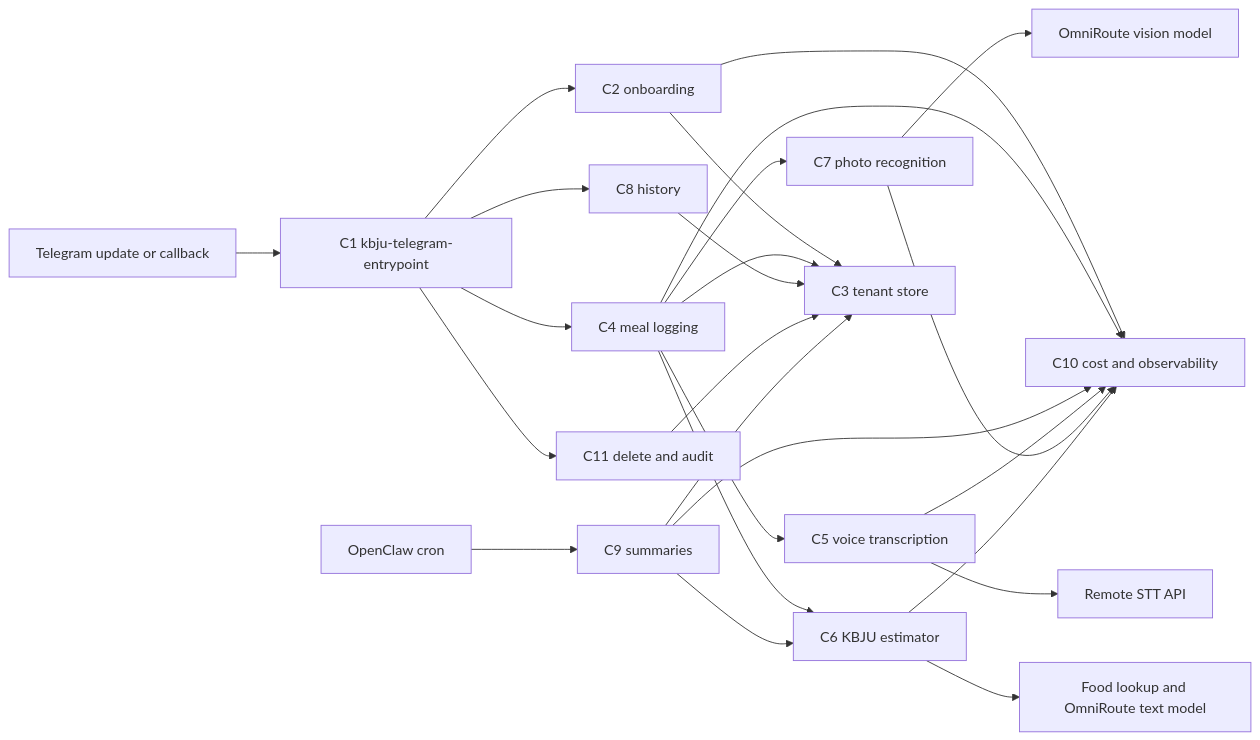
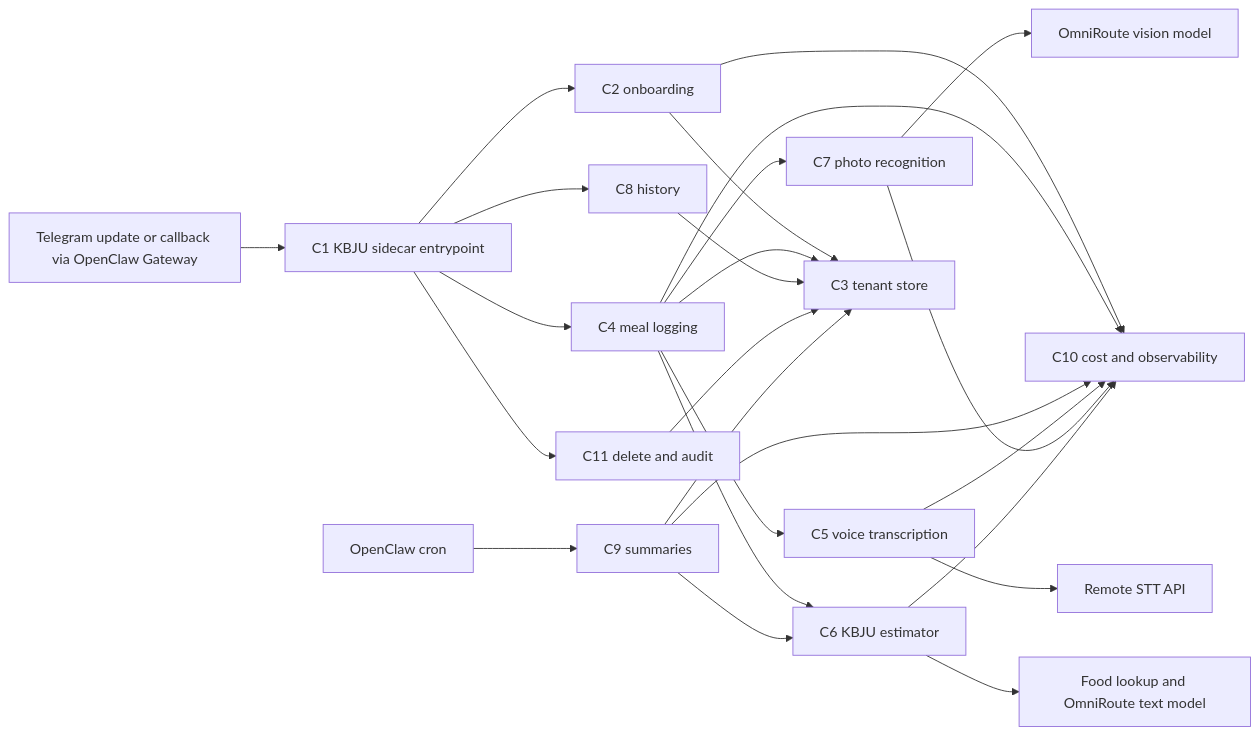
The diagram in docs/architecture/ARCH-001-kbju-coach-v0-1.md (OpenClown-bot/openclown-assistant), drawn with Mermaid before and after one commit. The commit also changed other lines of this file and 10 other files, not shown here.

````diff
--- a/docs/architecture/ARCH-001-kbju-coach-v0-1.md
+++ b/docs/architecture/ARCH-001-kbju-coach-v0-1.md
@@ -245,27 +337,27 @@
 ```mermaid
 graph LR
-  A[Telegram update or callback] --> B[C1 kbju-telegram-entrypoint]
+  A[Telegram update or callback via OpenClaw Gateway] --> B[C1 KBJU sidecar entrypoint]
   B --> C[C2 onboarding]
   B --> D[C4 meal logging]
   B --> E[C8 history]
   B --> F[C11 delete and audit]
   G[OpenClaw cron] --> H[C9 summaries]
   D --> I[C5 voice transcription]
   D --> J[C7 photo recognition]
   D --> K[C6 KBJU estimator]
   H --> K
   C --> L[C3 tenant store]
   D --> L
   E --> L
   F --> L
   H --> L
   I --> M[Remote STT API]
   J --> N[OmniRoute vision model]
   K --> O[Food lookup and OmniRoute text model]
   C --> P[C10 cost and observability]
   D --> P
   H --> P
   I --> P
   J --> P
   K --> P
 ```
````
